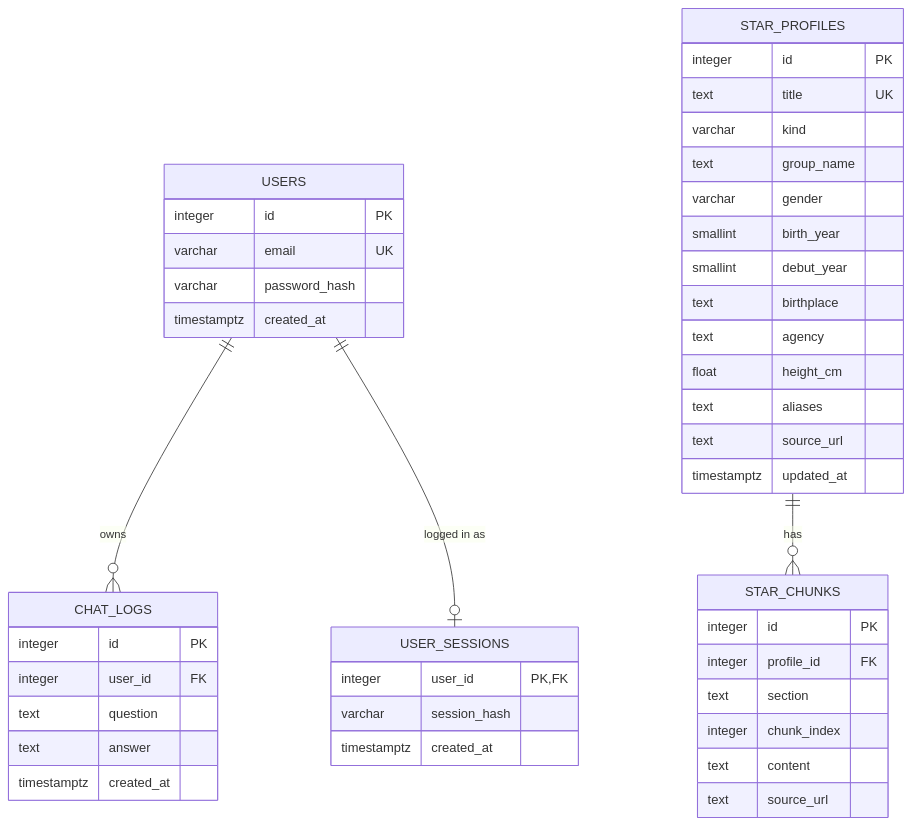
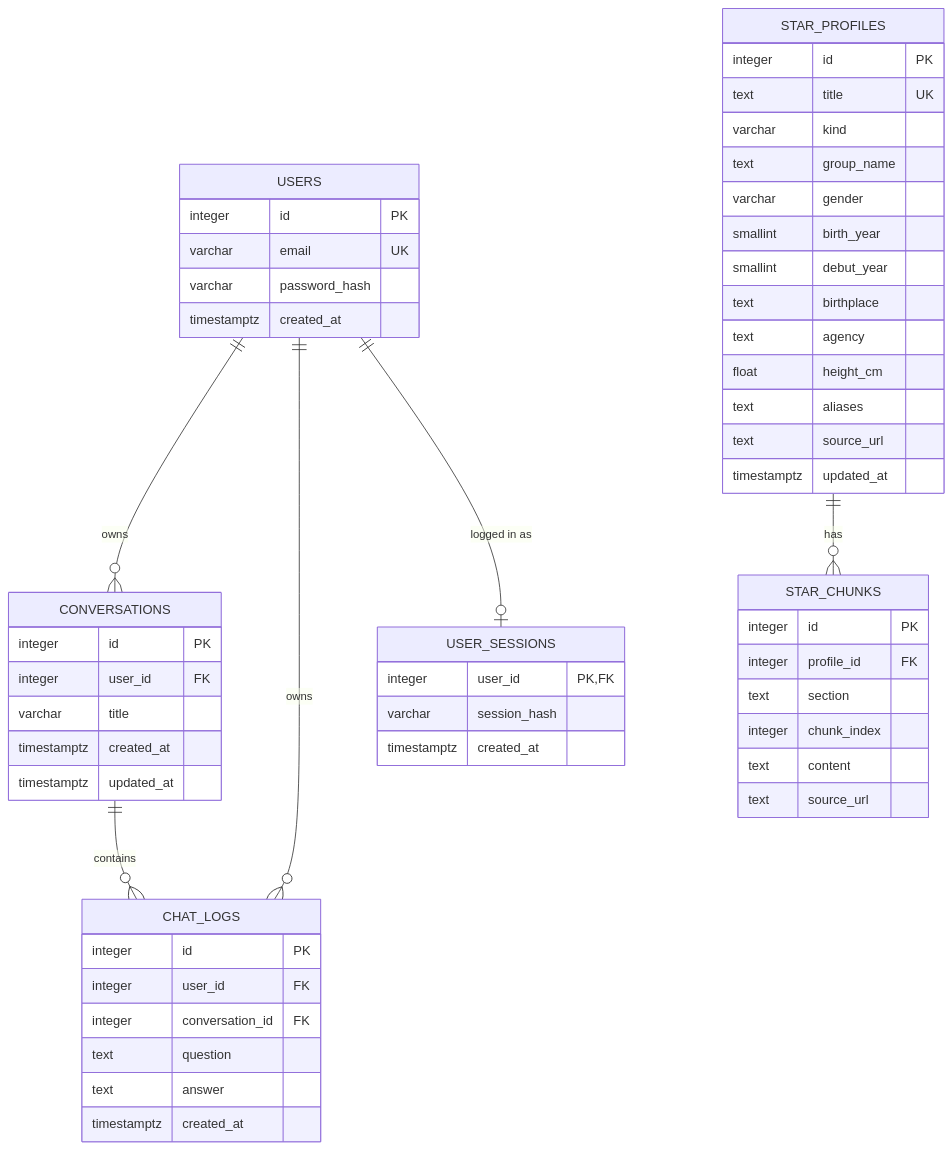
One commit to innurhap28/Next-Star-Hunter.bot changed the diagram in docs/DATABASE.md. Above: the diagram before and after it, drawn with Mermaid. The commit also changed other lines of this file and 4 other files, not shown here.

````diff
--- a/docs/DATABASE.md
+++ b/docs/DATABASE.md
@@ -7,47 +7,57 @@
 ```mermaid
 erDiagram
+    USERS ||--o{ CONVERSATIONS : owns
     USERS ||--o{ CHAT_LOGS : owns
+    CONVERSATIONS ||--o{ CHAT_LOGS : contains
     USERS ||--o| USER_SESSIONS : "logged in as"
     USERS {
         integer id PK
         varchar email UK
         varchar password_hash
         timestamptz created_at
     }
     USER_SESSIONS {
         integer user_id PK, FK
         varchar session_hash
         timestamptz created_at
     }
+    CONVERSATIONS {
+        integer id PK
+        integer user_id FK
+        varchar title
+        timestamptz created_at
+        timestamptz updated_at
+    }
     CHAT_LOGS {
         integer id PK
         integer user_id FK
+        integer conversation_id FK
         text question
         text answer
         timestamptz created_at
     }
     STAR_PROFILES ||--o{ STAR_CHUNKS : has
     STAR_PROFILES {
         integer id PK
         text title UK
         varchar kind
         text group_name
         varchar gender
         smallint birth_year
         smallint debut_year
         text birthplace
         text agency
         float height_cm
         text aliases
         text source_url
         timestamptz updated_at
     }
     STAR_CHUNKS {
         integer id PK
         integer profile_id FK
         text section
         integer chunk_index
         text content
         text source_url
     }
 ```
````
